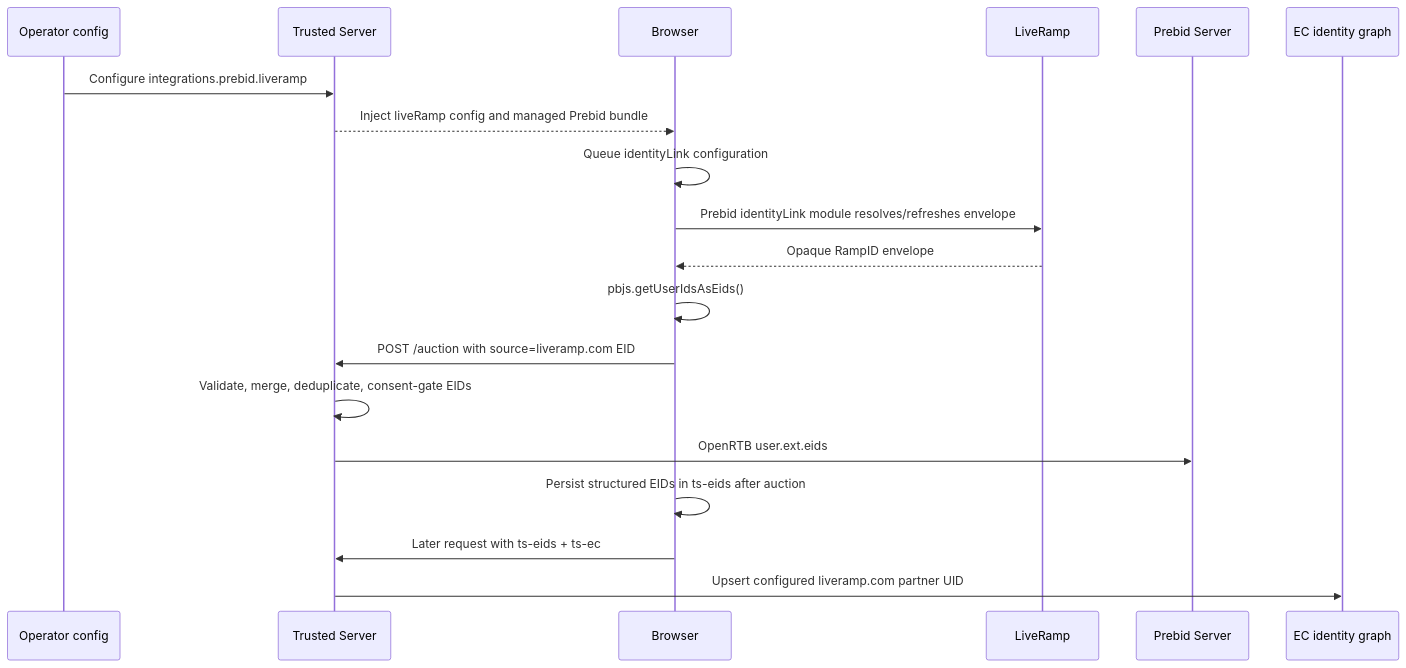
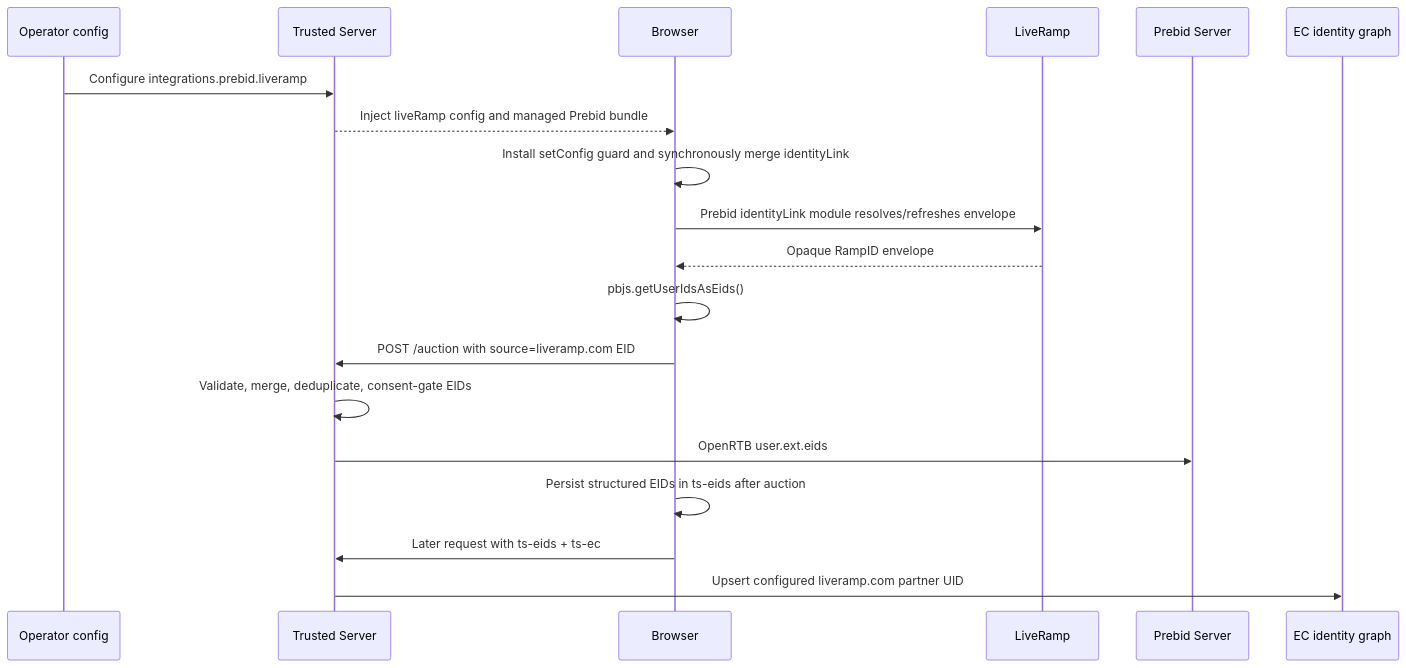
The diagram in docs/superpowers/specs/2026-08-21-liveramp-integration-design.md (IABTechLab/trusted-server), drawn with Mermaid before and after one commit. The commit also changed other lines of this file, not shown here.

````diff
--- a/docs/superpowers/specs/2026-08-21-liveramp-integration-design.md
+++ b/docs/superpowers/specs/2026-08-21-liveramp-integration-design.md
@@ -338,22 +343,22 @@
 ```mermaid
 sequenceDiagram
     participant O as Operator config
     participant TS as Trusted Server
     participant B as Browser
     participant LR as LiveRamp
     participant PBS as Prebid Server
     participant KV as EC identity graph
 
     O->>TS: Configure integrations.prebid.liveramp
     TS-->>B: Inject liveRamp config and managed Prebid bundle
-    B->>B: Queue identityLink configuration
+    B->>B: Install setConfig guard and synchronously merge identityLink
     B->>LR: Prebid identityLink module resolves/refreshes envelope
     LR-->>B: Opaque RampID envelope
     B->>B: pbjs.getUserIdsAsEids()
     B->>TS: POST /auction with source=liveramp.com EID
     TS->>TS: Validate, merge, deduplicate, consent-gate EIDs
     TS->>PBS: OpenRTB user.ext.eids
     B->>B: Persist structured EIDs in ts-eids after auction
     B->>TS: Later request with ts-eids + ts-ec
     TS->>KV: Upsert configured liveramp.com partner UID
 ```
````
